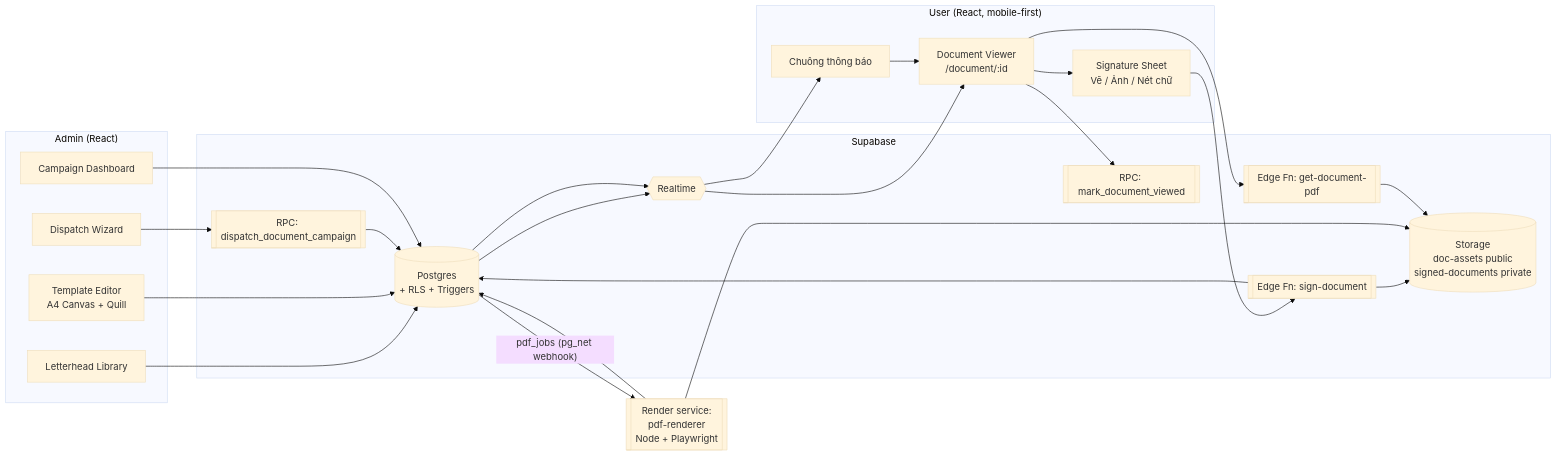
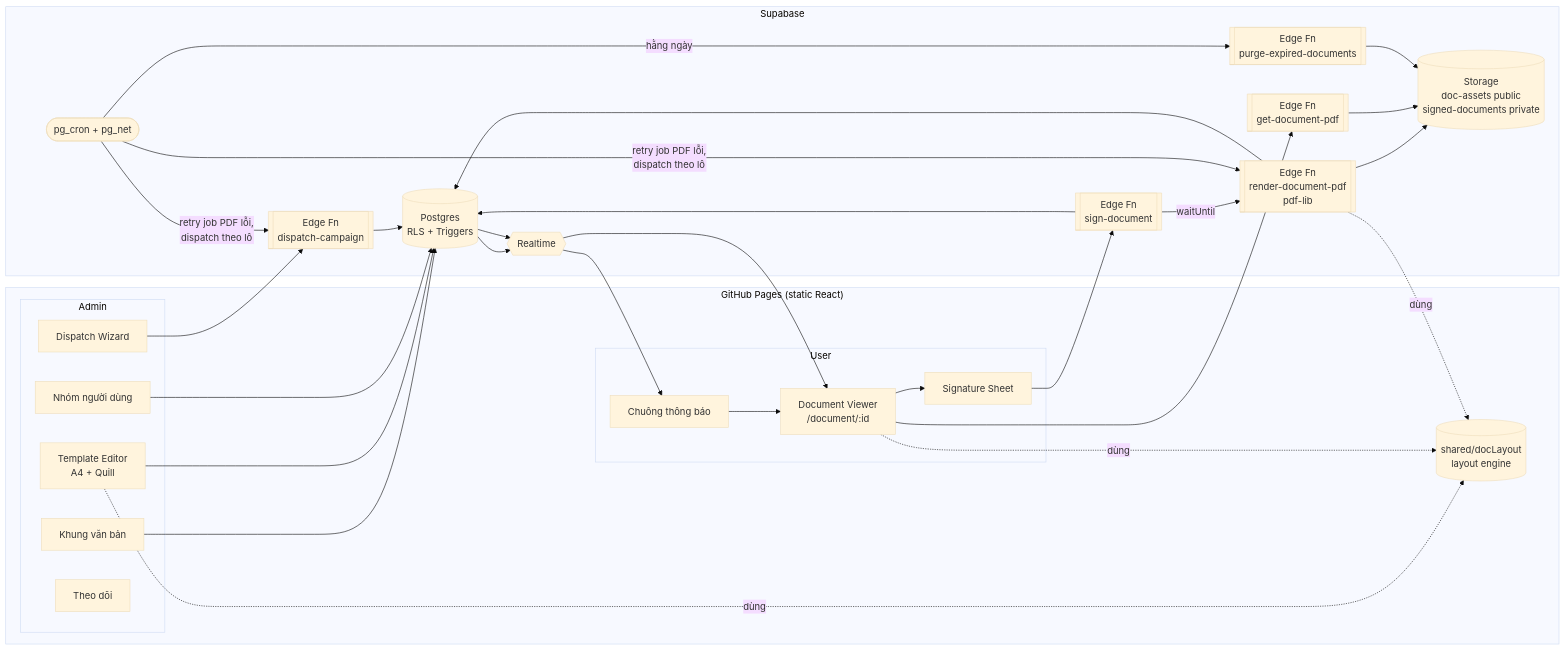
The first of 5 diagrams in docs/design/e-sign-letterhead-spec.md (nclong1976/vin-casino), drawn with Mermaid (base theme) before and after one commit. The commit also changed other lines of this file, not shown here.

First line of the commit message:
Spec ký văn bản điện tử v2: chốt quyết định sản phẩm, tạo PDF trên Supabase (#95)

````diff
--- a/docs/design/e-sign-letterhead-spec.md
+++ b/docs/design/e-sign-letterhead-spec.md
@@ -46,42 +64,45 @@
 ```mermaid
 flowchart LR
-  subgraph Admin["Admin (React)"]
-    LH[Letterhead Library]
-    TE[Template Editor<br/>A4 Canvas + Quill]
-    DW[Dispatch Wizard]
-    CD[Campaign Dashboard]
-  end
-
-  subgraph User["User (React, mobile-first)"]
-    NB[Chuông thông báo]
-    DV[Document Viewer<br/>/document/:id]
-    SP[Signature Sheet<br/>Vẽ / Ảnh / Nét chữ]
+  subgraph Pages["GitHub Pages (static React)"]
+    subgraph Admin
+      LH[Khung văn bản]
+      TE[Template Editor<br/>A4 + Quill]
+      GR[Nhóm người dùng]
+      DW[Dispatch Wizard]
+      CD[Theo dõi]
+    end
+    subgraph User
+      NB[Chuông thông báo]
+      DV[Document Viewer<br/>/document/:id]
+      SP[Signature Sheet]
+    end
+    LE[(shared/docLayout<br/>layout engine)]
   end
 
   subgraph Supabase
-    DB[(Postgres<br/>+ RLS + Triggers)]
+    DB[(Postgres<br/>RLS + Triggers)]
     RT{{Realtime}}
     ST[(Storage<br/>doc-assets public<br/>signed-documents private)]
-    EF1[[Edge Fn: sign-document]]
-    EF2[[Edge Fn: get-document-pdf]]
-    RPC1[[RPC: dispatch_document_campaign]]
-    RPC2[[RPC: mark_document_viewed]]
+    F1[[Edge Fn<br/>dispatch-campaign]]
+    F2[[Edge Fn<br/>sign-document]]
+    F3[[Edge Fn<br/>render-document-pdf<br/>pdf-lib]]
+    F4[[Edge Fn<br/>get-document-pdf]]
+    F5[[Edge Fn<br/>purge-expired-documents]]
+    CR([pg_cron + pg_net])
   end
 
-  PDF[[Render service:<br/>pdf-renderer<br/>Node + Playwright]]
-
-  LH --> DB
-  TE --> DB
-  DW --> RPC1 --> DB
-  DB --> RT --> NB
-  NB --> DV --> RPC2
-  DV --> SP --> EF1
-  EF1 --> DB
-  EF1 --> ST
-  DB -- "pdf_jobs (pg_net webhook)" --> PDF
-  PDF --> ST
-  PDF --> DB
+  LH & TE & GR --> DB
+  DW --> F1 --> DB
+  DB --> RT --> NB --> DV
+  TE -. dùng .-> LE
+  DV -. dùng .-> LE
+  F3 -. dùng .-> LE
+  DV --> SP --> F2 --> DB
+  F2 -- "waitUntil" --> F3
+  F3 --> ST
+  F3 --> DB
   DB --> RT --> DV
-  DV --> EF2 --> ST
-  CD --> DB
+  DV --> F4 --> ST
+  CR -- "retry job PDF lỗi,<br/>dispatch theo lô" --> F3 & F1
+  CR -- "hằng ngày" --> F5 --> ST
 ```
````
